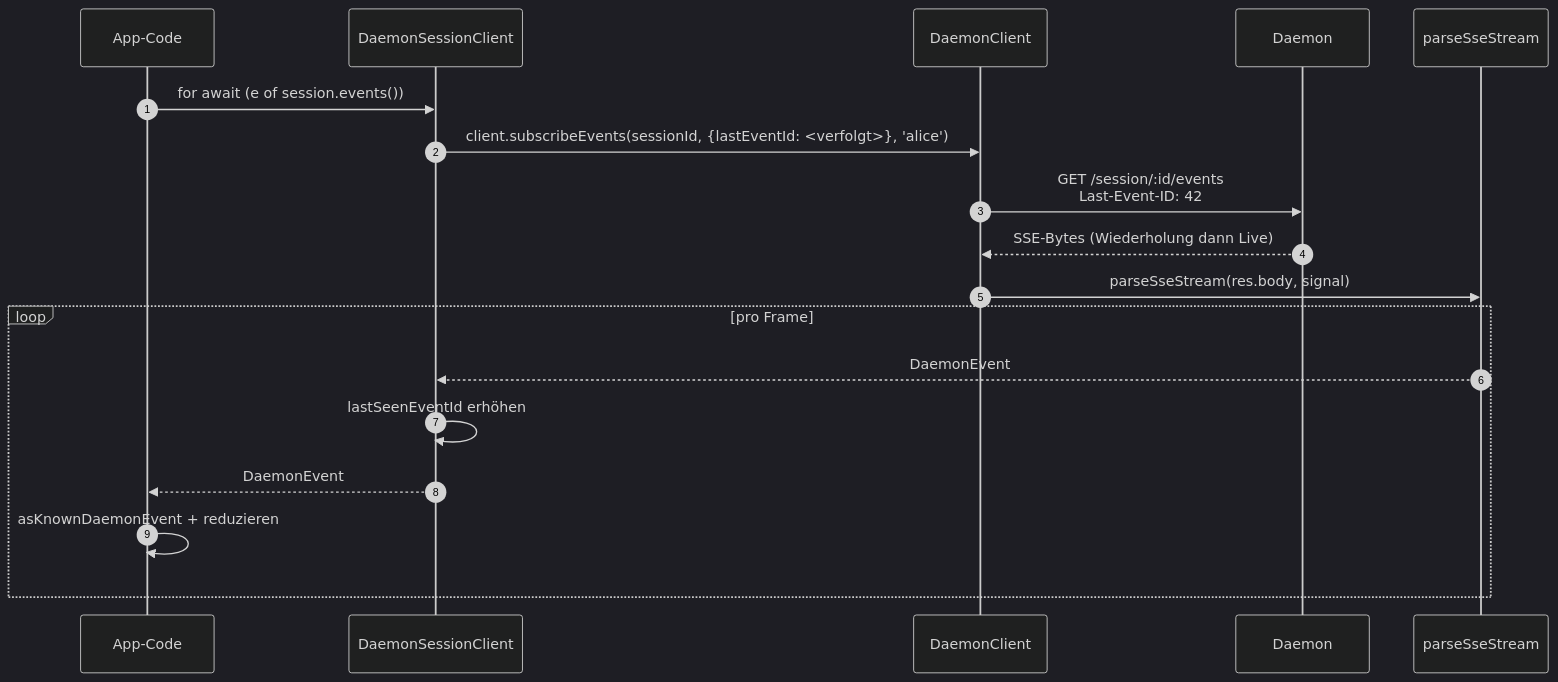
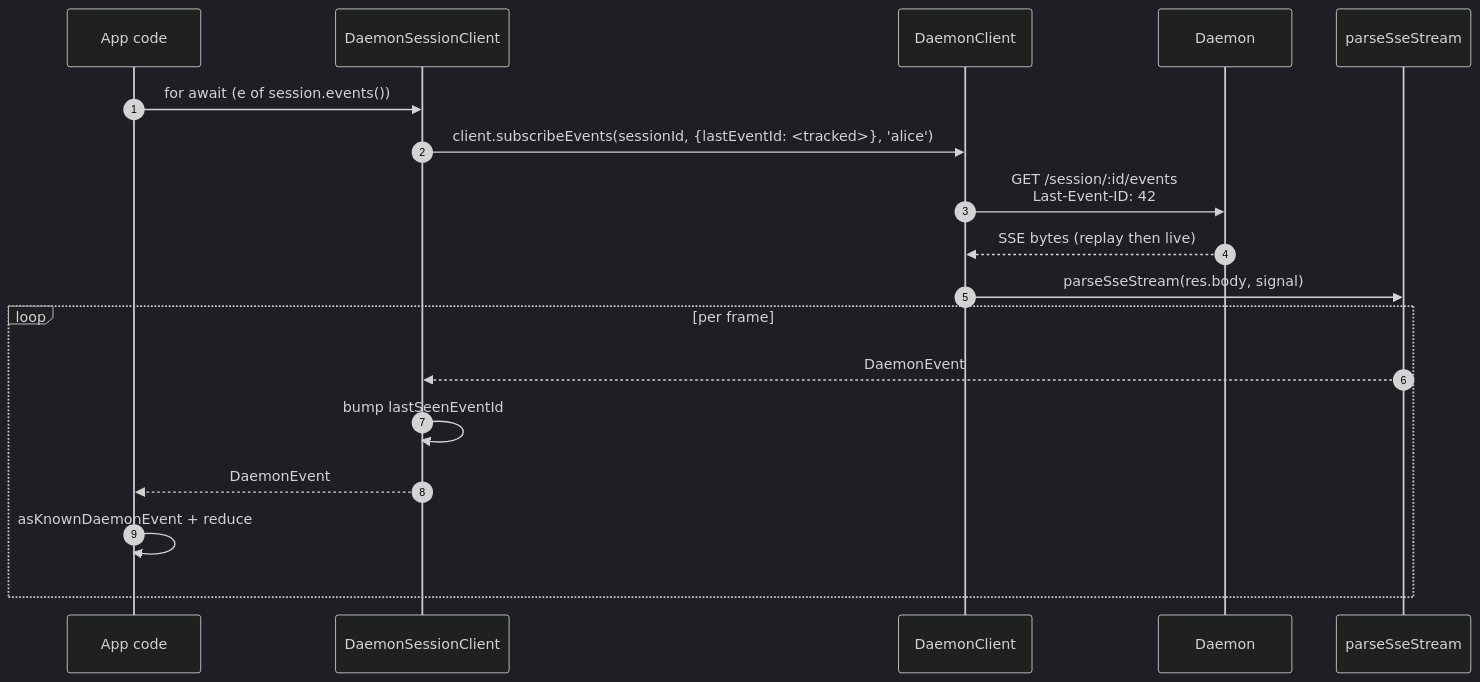
Before and after one commit to QwenLM/qwen-code-docs: the second of 3 diagrams in website/content/de/developers/daemon/13-sdk-daemon-client.md, drawn with Mermaid (dark theme). The commit also changed other lines of this file and 1077 other files, not shown here.

````diff
--- a/website/content/de/developers/daemon/13-sdk-daemon-client.md
+++ b/website/content/de/developers/daemon/13-sdk-daemon-client.md
@@ -156,21 +157,21 @@
 ```mermaid
 sequenceDiagram
     autonumber
-    participant App as App-Code
+    participant App as App code
     participant SC as DaemonSessionClient
     participant DC as DaemonClient
     participant D as Daemon
     participant P as parseSseStream
 
     App->>SC: for await (e of session.events())
-    SC->>DC: client.subscribeEvents(sessionId, {lastEventId: <verfolgt>}, 'alice')
+    SC->>DC: client.subscribeEvents(sessionId, {lastEventId: <tracked>}, 'alice')
     DC->>D: GET /session/:id/events<br/>Last-Event-ID: 42
-    D-->>DC: SSE-Bytes (Wiederholung dann Live)
+    D-->>DC: SSE bytes (replay then live)
     DC->>P: parseSseStream(res.body, signal)
-    loop pro Frame
+    loop per frame
         P-->>SC: DaemonEvent
-        SC->>SC: lastSeenEventId erhöhen
+        SC->>SC: bump lastSeenEventId
         SC-->>App: DaemonEvent
-        App->>App: asKnownDaemonEvent + reduzieren
+        App->>App: asKnownDaemonEvent + reduce
     end
 ```
````
